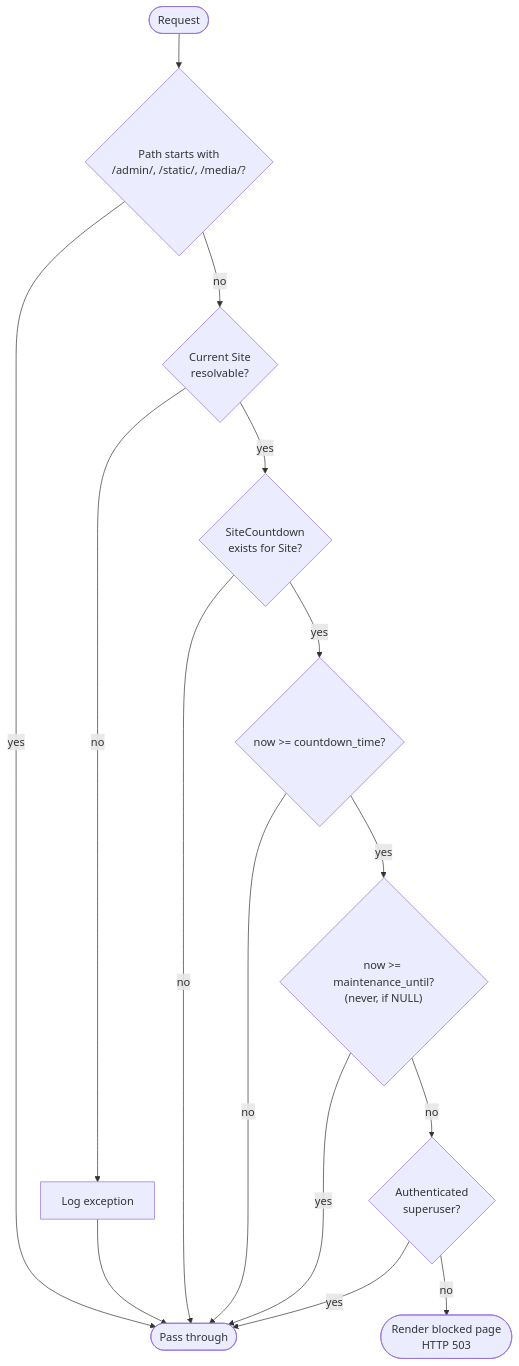
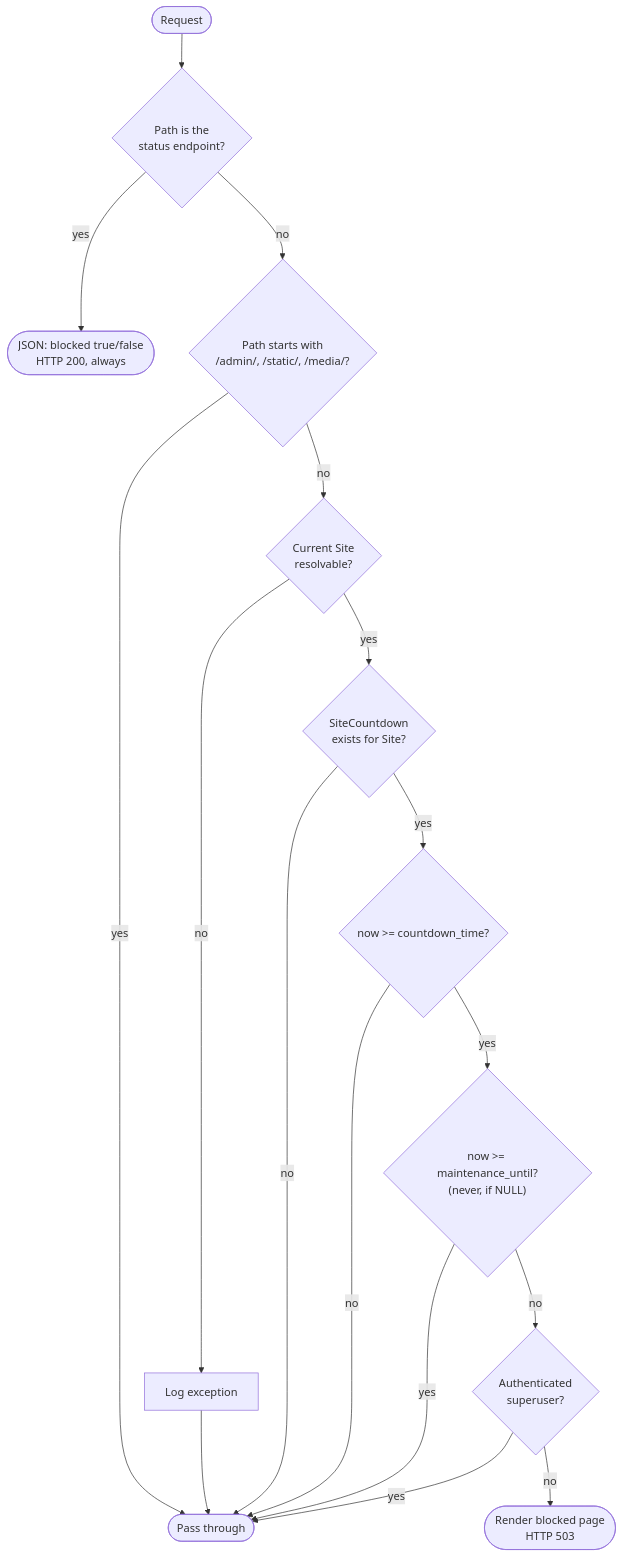
The second of 2 diagrams in docs/guide/how-it-works.md (iplweb/django-countdown), drawn with Mermaid before and after one commit. The commit also changed other lines of this file and 18 other files, not shown here.

````diff
--- a/docs/guide/how-it-works.md
+++ b/docs/guide/how-it-works.md
@@ -35,16 +35,18 @@
 ```mermaid
 flowchart TD
-    R([Request]) --> M{"Path starts with<br/>/admin/, /static/, /media/?"}
+    R([Request]) --> Q{"Path is the<br/>status endpoint?"}
+    Q -- yes --> J([JSON: blocked true/false<br/>HTTP 200, always])
+    Q -- no --> M{"Path starts with<br/>/admin/, /static/, /media/?"}
     M -- yes --> PASS([Pass through])
     M -- no --> S{"Current Site<br/>resolvable?"}
     S -- no --> LOG[Log exception] --> PASS
     S -- yes --> C{"SiteCountdown<br/>exists for Site?"}
     C -- no --> PASS
     C -- yes --> E{"now >= countdown_time?"}
     E -- no --> PASS
     E -- yes --> F{"now >= maintenance_until?<br/>(never, if NULL)"}
     F -- yes --> PASS
     F -- no --> U{"Authenticated<br/>superuser?"}
     U -- yes --> PASS
     U -- no --> B([Render blocked page<br/>HTTP 503])
 ```
````
